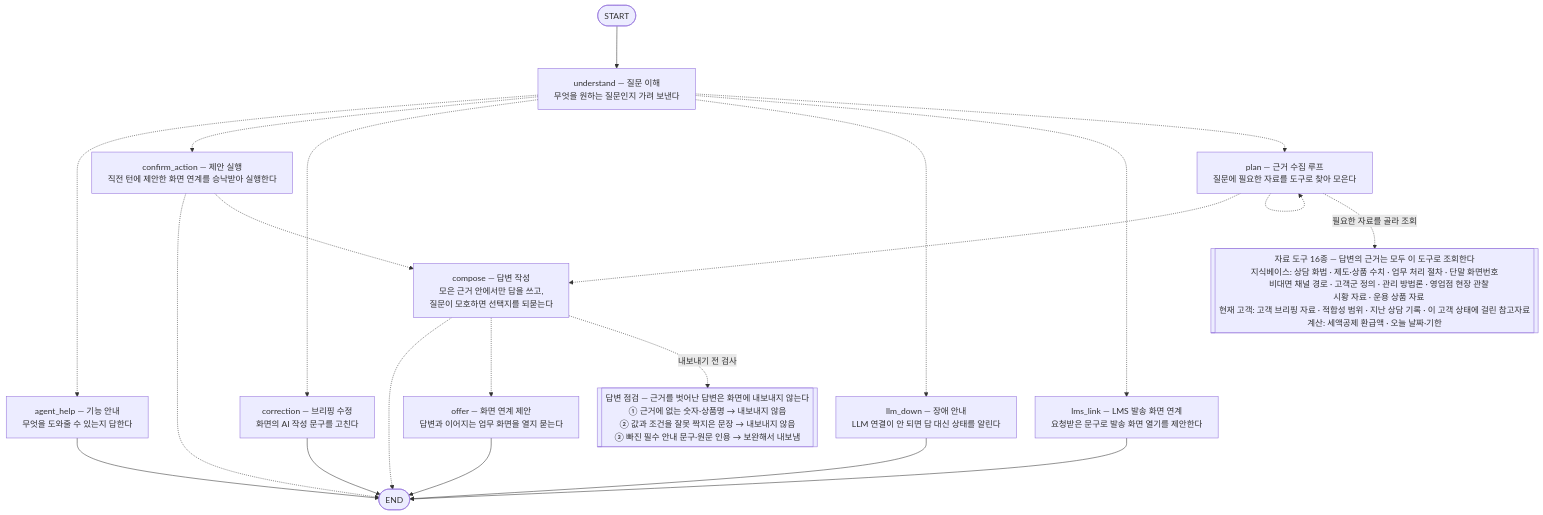
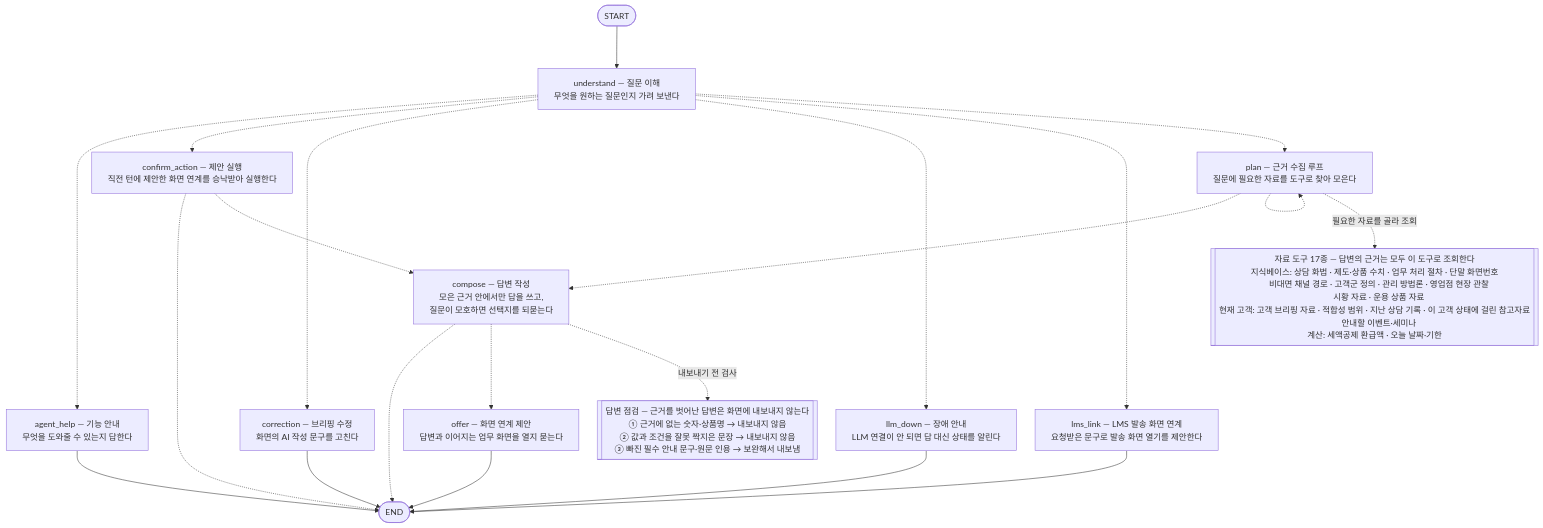
Before and after one commit to 09sunwoo-a/Pension_agent: the diagram in src/pension_agent/consult_agent/README.md, drawn with Mermaid. The commit also changed 23 other files, not shown here.

First line of the commit message:
⑨ 안내 콘텐츠를 세미나·이벤트 DB로 교체하고 대화·발송까지 잇는다

````diff
--- a/src/pension_agent/consult_agent/README.md
+++ b/src/pension_agent/consult_agent/README.md
@@ -177,37 +177,37 @@
 ```mermaid
 %%{init: {"flowchart": {"wrappingWidth": 800, "nodeSpacing": 35, "rankSpacing": 80}}}%%
 flowchart TD
     __start__([START])
     understand["understand — 질문 이해<br/>무엇을 원하는 질문인지 가려 보낸다"]
     agent_help["agent_help — 기능 안내<br/>무엇을 도와줄 수 있는지 답한다"]
     plan["plan — 근거 수집 루프<br/>질문에 필요한 자료를 도구로 찾아 모은다"]
     compose["compose — 답변 작성<br/>모은 근거 안에서만 답을 쓰고,<br/>질문이 모호하면 선택지를 되묻는다"]
     lms_link["lms_link — LMS 발송 화면 연계<br/>요청받은 문구로 발송 화면 열기를 제안한다"]
     correction["correction — 브리핑 수정<br/>화면의 AI 작성 문구를 고친다"]
     llm_down["llm_down — 장애 안내<br/>LLM 연결이 안 되면 답 대신 상태를 알린다"]
     confirm_action["confirm_action — 제안 실행<br/>직전 턴에 제안한 화면 연계를 승낙받아 실행한다"]
     offer["offer — 화면 연계 제안<br/>답변과 이어지는 업무 화면을 열지 묻는다"]
     __end__([END])
     __start__ --> understand
     compose -.-> __end__
     compose -.-> offer
     confirm_action -.-> __end__
     confirm_action -.-> compose
     plan -.-> compose
     plan -.-> plan
     understand -.-> agent_help
     understand -.-> confirm_action
     understand -.-> correction
     understand -.-> llm_down
     understand -.-> lms_link
     understand -.-> plan
     agent_help --> __end__
     correction --> __end__
     llm_down --> __end__
     lms_link --> __end__
     offer --> __end__
-    tools[["자료 도구 16종 — 답변의 근거는 모두 이 도구로 조회한다<br/>지식베이스: 상담 화법 · 제도·상품 수치 · 업무 처리 절차 · 단말 화면번호<br/>&nbsp;&nbsp;&nbsp;&nbsp;비대면 채널 경로 · 고객군 정의 · 관리 방법론 · 영업점 현장 관찰<br/>&nbsp;&nbsp;&nbsp;&nbsp;시황 자료 · 운용 상품 자료<br/>현재 고객: 고객 브리핑 자료 · 적합성 범위 · 지난 상담 기록 · 이 고객 상태에 걸린 참고자료<br/>계산: 세액공제 환급액 · 오늘 날짜·기한"]]
+    tools[["자료 도구 17종 — 답변의 근거는 모두 이 도구로 조회한다<br/>지식베이스: 상담 화법 · 제도·상품 수치 · 업무 처리 절차 · 단말 화면번호<br/>&nbsp;&nbsp;&nbsp;&nbsp;비대면 채널 경로 · 고객군 정의 · 관리 방법론 · 영업점 현장 관찰<br/>&nbsp;&nbsp;&nbsp;&nbsp;시황 자료 · 운용 상품 자료<br/>현재 고객: 고객 브리핑 자료 · 적합성 범위 · 지난 상담 기록 · 이 고객 상태에 걸린 참고자료<br/>&nbsp;&nbsp;&nbsp;&nbsp;안내할 이벤트·세미나<br/>계산: 세액공제 환급액 · 오늘 날짜·기한"]]
     plan -. "필요한 자료를 골라 조회" .-> tools
     gates[["답변 점검 — 근거를 벗어난 답변은 화면에 내보내지 않는다<br/>① 근거에 없는 숫자·상품명 → 내보내지 않음<br/>② 값과 조건을 잘못 짝지은 문장 → 내보내지 않음<br/>③ 빠진 필수 안내 문구·원문 인용 → 보완해서 내보냄"]]
     compose -. "내보내기 전 검사" .-> gates
 ```
````
